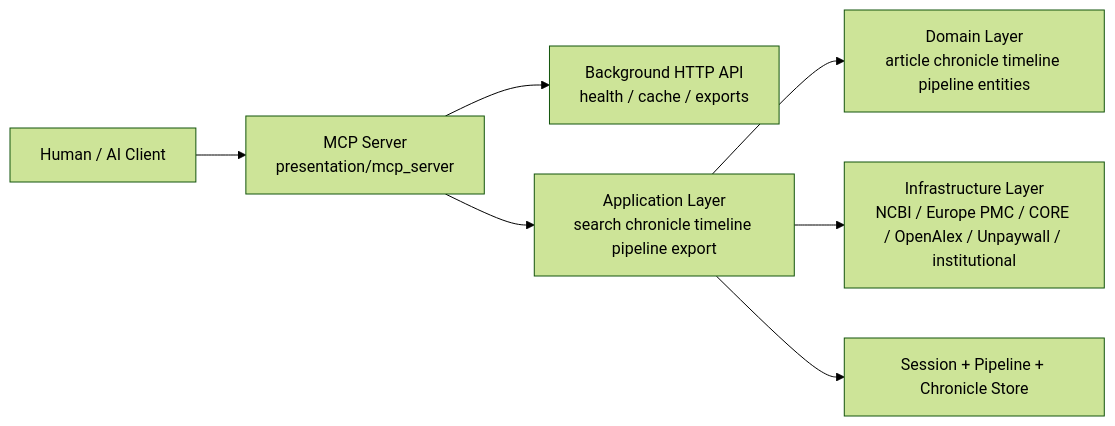
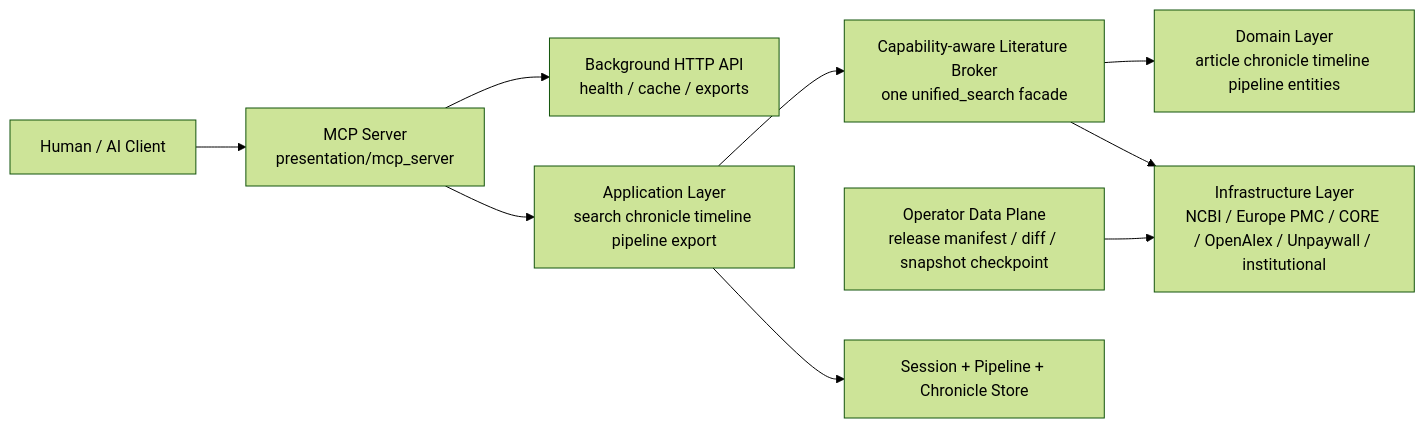
Before and after one commit to u9401066/pubmed-search-mcp: the third of 13 diagrams in ARCHITECTURE.md, drawn with Mermaid (forest theme). The commit also changed other lines of this file and 18 other files, not shown here.

````diff
--- a/ARCHITECTURE.md
+++ b/ARCHITECTURE.md
@@ -102,17 +102,21 @@
 ```mermaid
 flowchart LR
   Client[Human / AI Client]
   MCP[MCP Server<br/>presentation/mcp_server]
   API[Background HTTP API<br/>health / cache / exports]
   App[Application Layer<br/>search chronicle timeline pipeline export]
+  Broker[Capability-aware Literature Broker<br/>one unified_search facade]
   Domain[Domain Layer<br/>article chronicle timeline pipeline entities]
   Infra[Infrastructure Layer<br/>NCBI / Europe PMC / CORE / OpenAlex / Unpaywall / institutional]
+  DataPlane[Operator Data Plane<br/>release manifest / diff / snapshot checkpoint]
   Store[Session + Pipeline + Chronicle Store]
 
   Client --> MCP
   MCP --> App
   MCP --> API
-  App --> Domain
-  App --> Infra
+  App --> Broker
+  Broker --> Domain
+  Broker --> Infra
+  DataPlane --> Infra
   App --> Store
 ```
````
